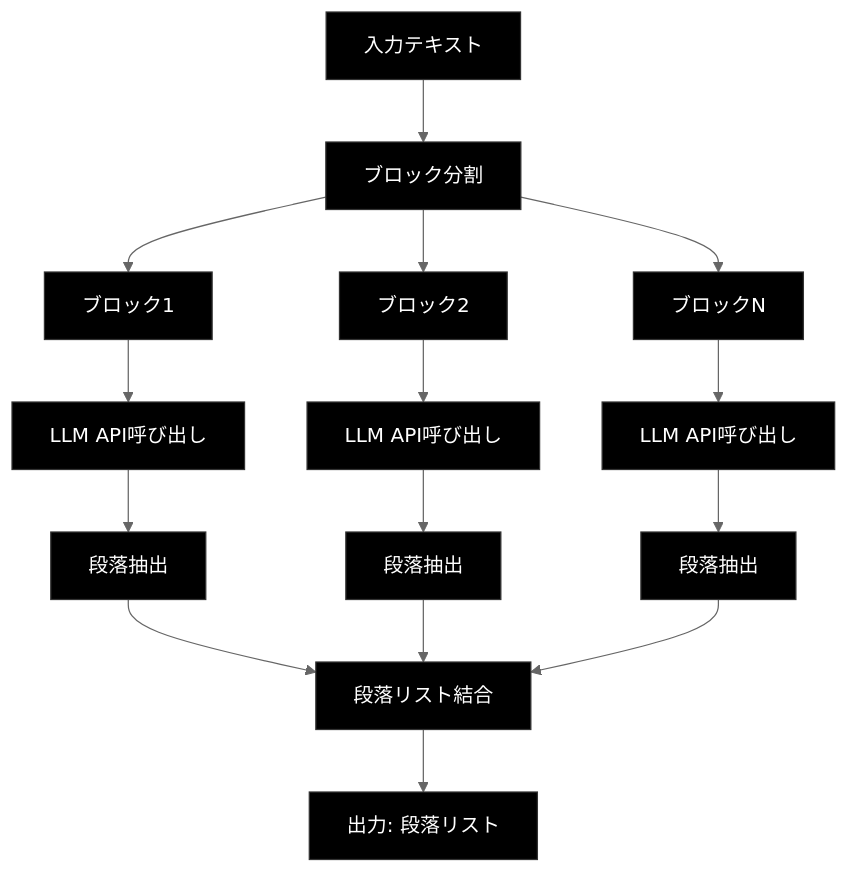
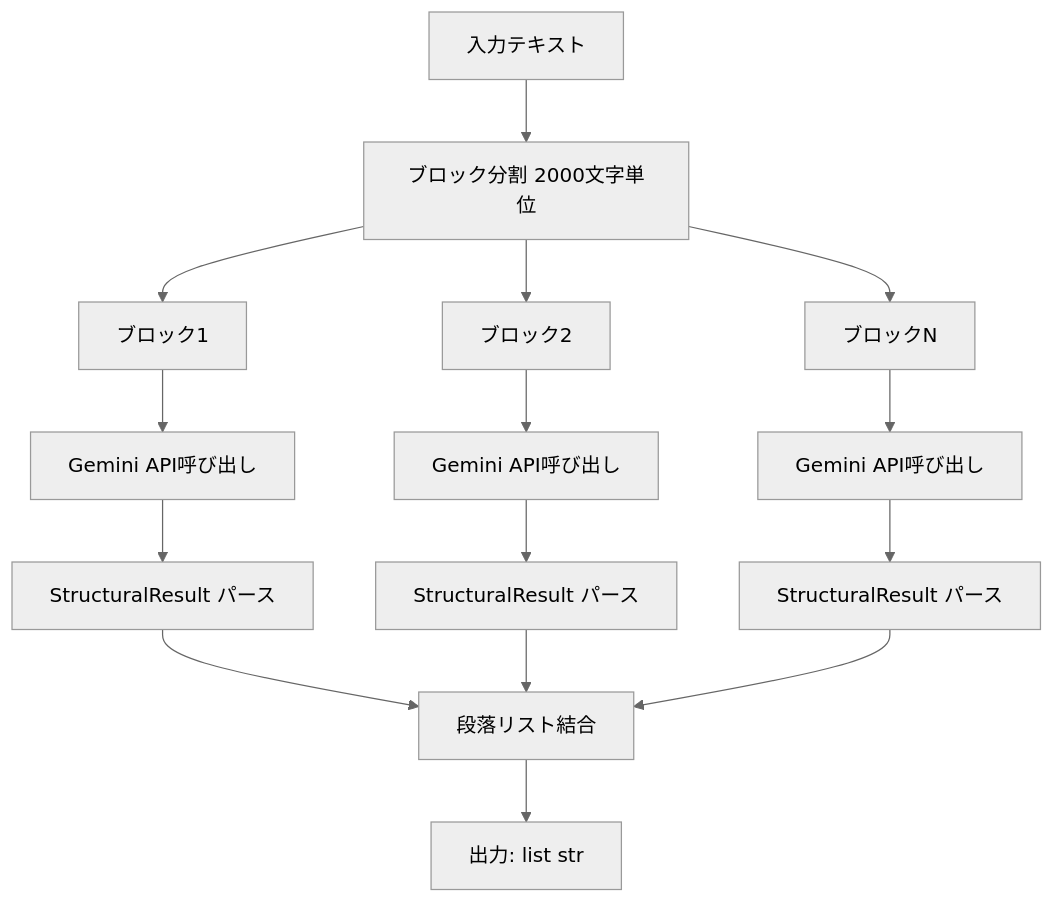
The second of 2 diagrams in chunking/doc/step1.md (nakashima2toshio/gemini_grace_agent), drawn with Mermaid (neutral theme) before and after one commit. The commit also changed other lines of this file and 26 other files, not shown here.

````diff
--- a/chunking/doc/step1.md
+++ b/chunking/doc/step1.md
@@ -71,35 +57,21 @@
 ```mermaid
 graph TD
-    A[入力テキスト] --> B[ブロック分割]
+    A[入力テキスト] --> B[ブロック分割 2000文字単位]
     B --> C[ブロック1]
     B --> D[ブロック2]
     B --> E[ブロックN]
 
-    C --> F[LLM API呼び出し]
-    D --> G[LLM API呼び出し]
-    E --> H[LLM API呼び出し]
+    C --> F[Gemini API呼び出し]
+    D --> G[Gemini API呼び出し]
+    E --> H[Gemini API呼び出し]
 
-    F --> I[段落抽出]
-    G --> J[段落抽出]
-    H --> K[段落抽出]
+    F --> I[StructuralResult パース]
+    G --> J[StructuralResult パース]
+    H --> K[StructuralResult パース]
 
     I --> L[段落リスト結合]
     J --> L
     K --> L
 
-    L --> M[出力: 段落リスト]
-
-    style A fill:#000000,stroke:#333333,color:#ffffff
-    style B fill:#000000,stroke:#333333,color:#ffffff
-    style C fill:#000000,stroke:#333333,color:#ffffff
-    style D fill:#000000,stroke:#333333,color:#ffffff
-    style E fill:#000000,stroke:#333333,color:#ffffff
-    style F fill:#000000,stroke:#333333,color:#ffffff
-    style G fill:#000000,stroke:#333333,color:#ffffff
-    style H fill:#000000,stroke:#333333,color:#ffffff
-    style I fill:#000000,stroke:#333333,color:#ffffff
-    style J fill:#000000,stroke:#333333,color:#ffffff
-    style K fill:#000000,stroke:#333333,color:#ffffff
-    style L fill:#000000,stroke:#333333,color:#ffffff
-    style M fill:#000000,stroke:#333333,color:#ffffff
+    L --> M[出力: list str]
 ```
````
